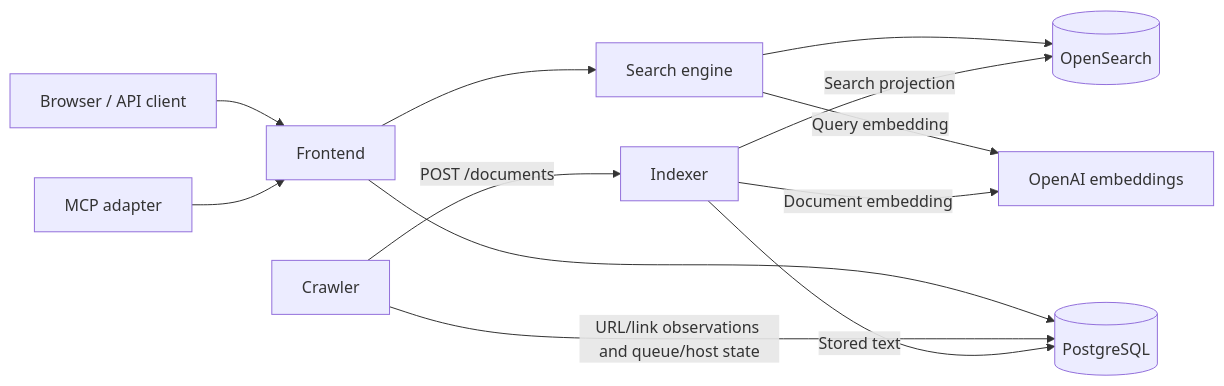
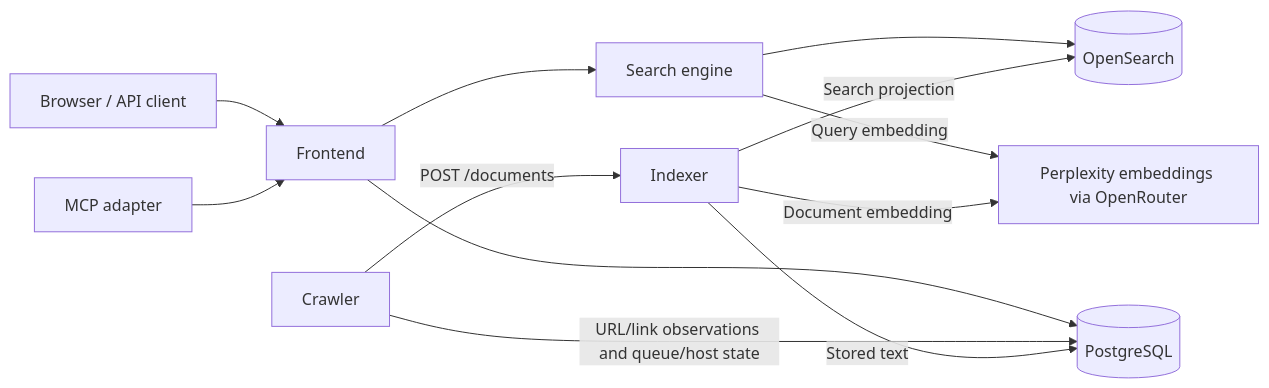
Before and after one commit to tomato414941/web-search: the diagram in docs/architecture.md, drawn with Mermaid. The commit also changed other lines of this file and 25 other files, not shown here.

Commit message:
feat: use Perplexity embeddings through OpenRouter

````diff
--- a/docs/architecture.md
+++ b/docs/architecture.md
@@ -32,14 +32,14 @@
 ```mermaid
 flowchart LR
     Browser[Browser / API client] --> Frontend
     MCP[MCP adapter] --> Frontend
     Frontend --> Search[Search engine]
     Search --> OS[(OpenSearch)]
-    Search -->|Query embedding| Embeddings[OpenAI embeddings]
+    Search -->|Query embedding| Embeddings[Perplexity embeddings via OpenRouter]
     Indexer -->|Document embedding| Embeddings
     Frontend --> PG[(PostgreSQL)]
     Crawler -->|POST /documents| Indexer
     Crawler -->|URL/link observations and queue/host state| PG
     Indexer -->|Stored text| PG
     Indexer -->|Search projection| OS
 ```
````
